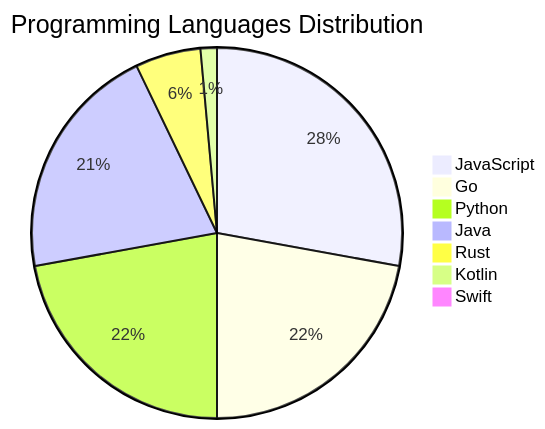
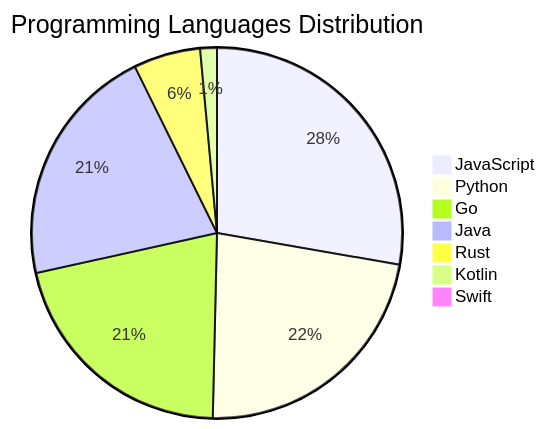
One commit to Derrick-MUGISHA/github-activity-bot changed the diagram in README.md. Above: the diagram before and after it, drawn with Mermaid. The commit also changed other lines of this file and 4 other files, not shown here.

````diff
--- a/README.md
+++ b/README.md
@@ -209,10 +209,10 @@
 ```mermaid
 pie title Programming Languages Distribution
-    "JavaScript" : 39
-    "Go" : 31
+    "JavaScript" : 38
     "Python" : 31
+    "Go" : 29
     "Java" : 29
     "Rust" : 8
     "Kotlin" : 2
     "Swift" : 1
 ```
````
